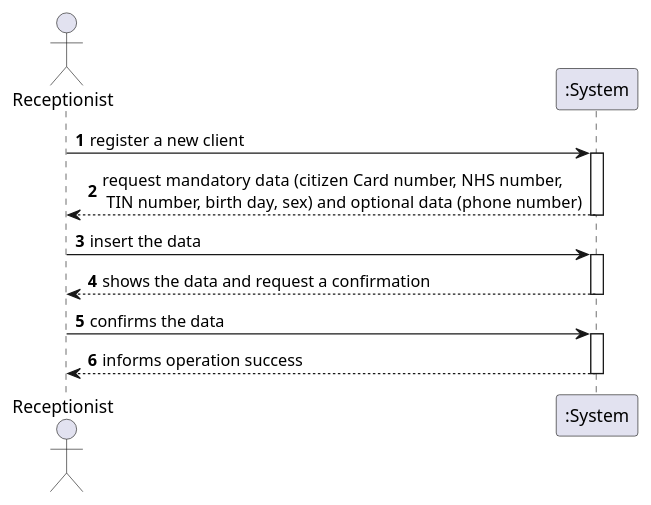
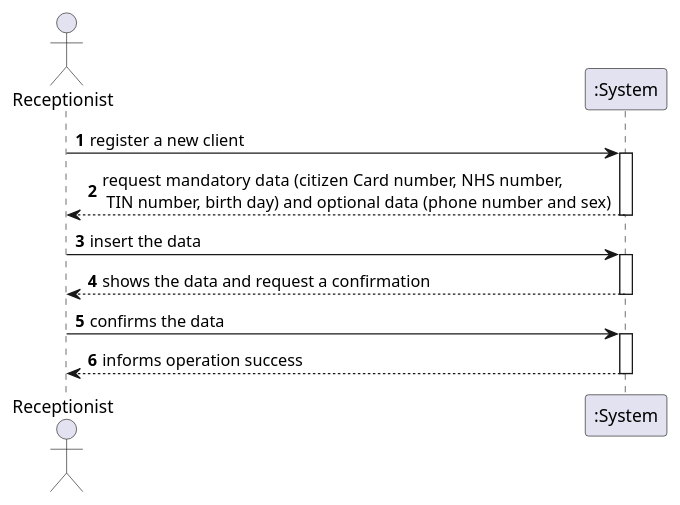
One commit to GuilhermeCunha79/lapr2 changed the diagram in docs/SprintB/US3/UC03_SSD.puml. Above: the diagram before and after it, drawn with PlantUML. The commit also changed 3 other files, not shown here.

```diff
--- a/docs/SprintB/US3/UC03_SSD.puml
+++ b/docs/SprintB/US3/UC03_SSD.puml
@@ -1,25 +1,25 @@
 @startuml
 'https://plantuml.com/sequence-diagram
 
 autonumber
 
 actor "Receptionist" as RECEP
 
 participant ":System" as SYSTEM
 
 RECEP -> SYSTEM : register a new client
 activate SYSTEM
-SYSTEM --> RECEP : request mandatory data (citizen Card number, NHS number,\n TIN number, birth day, sex) and optional data (phone number)
+SYSTEM --> RECEP : request mandatory data (citizen Card number, NHS number,\n TIN number, birth day) and optional data (phone number and sex)
 deactivate SYSTEM
 
 RECEP -> SYSTEM : insert the data
 activate SYSTEM
 SYSTEM --> RECEP : shows the data and request a confirmation
 deactivate SYSTEM
 
 RECEP -> SYSTEM : confirms the data
 activate SYSTEM
 SYSTEM --> RECEP : informs operation success
 deactivate SYSTEM
 
 @enduml
```
